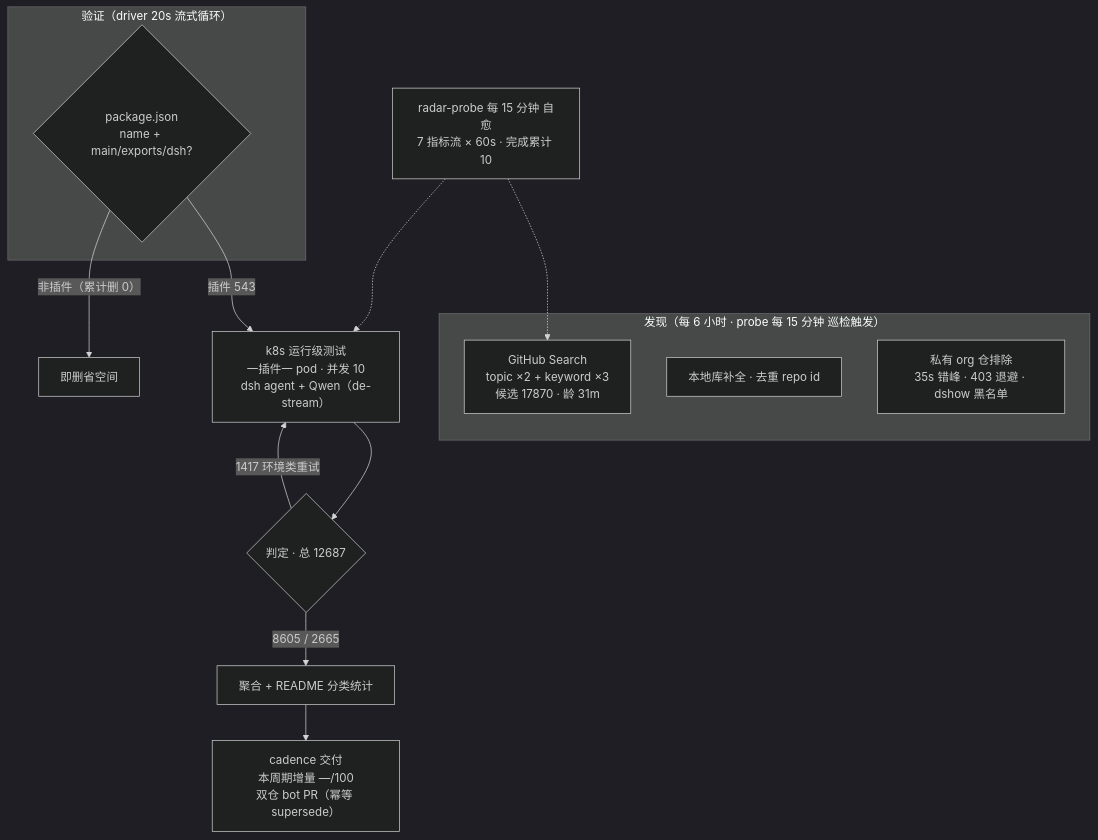
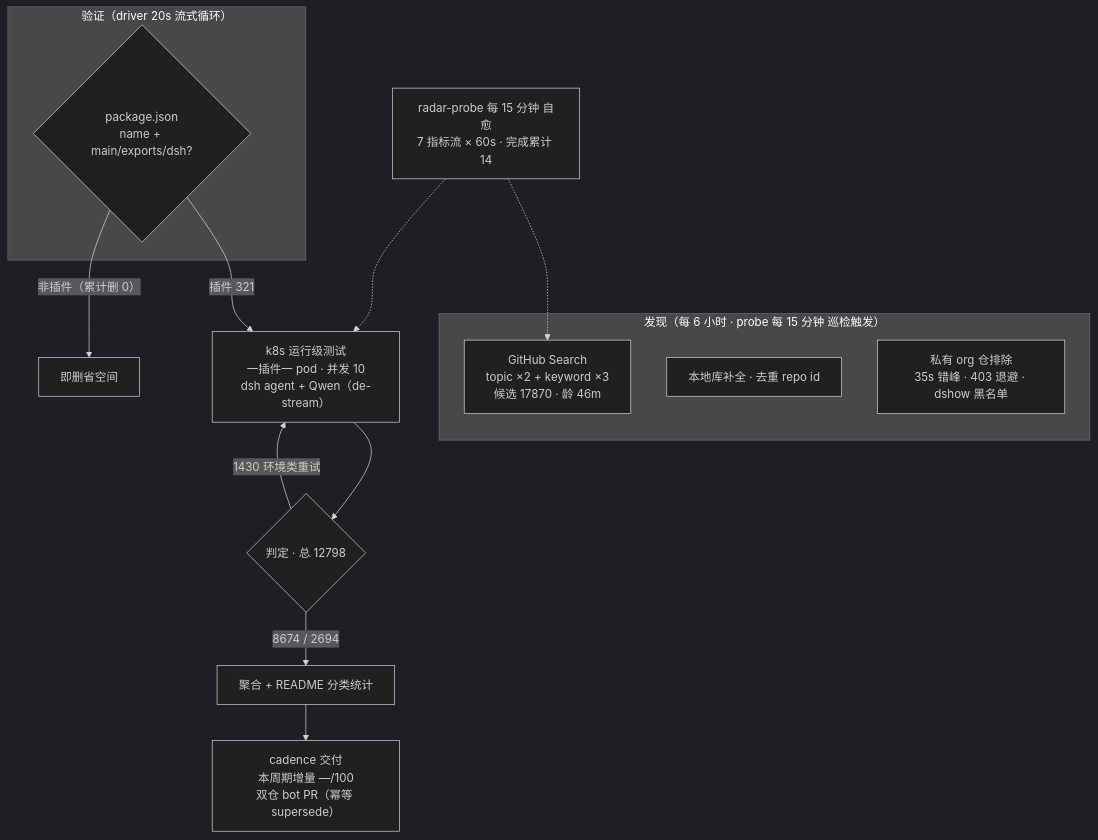
One commit to AdamPlatin123/awesome-dsh-plugins changed the diagram in README.md. Above: the diagram before and after it, drawn with Mermaid (dark theme). The commit also changed other lines of this file and 5 other files, not shown here.

````diff
--- a/README.md
+++ b/README.md
@@ -52,20 +52,20 @@
 ```mermaid
 flowchart TB
     subgraph Discovery["发现（每 6 小时 · probe 每 15 分钟 巡检触发）"]
-        A1["GitHub Search<br/>topic ×2 + keyword ×3<br/>候选 17870 · 龄 31m"]
+        A1["GitHub Search<br/>topic ×2 + keyword ×3<br/>候选 17870 · 龄 46m"]
         A2["本地库补全 · 去重 repo id"]
         A3["私有 org 仓排除<br/>35s 错峰 · 403 退避 · dshow 黑名单"]
     end
     subgraph Validation["验证（driver 20s 流式循环）"]
         B1{"package.json<br/>name + main/exports/dsh?"}
     end
-    B1 -->|"插件 543"| C1["k8s 运行级测试<br/>一插件一 pod · 并发 10<br/>dsh agent + Qwen（de-stream）"]
+    B1 -->|"插件 321"| C1["k8s 运行级测试<br/>一插件一 pod · 并发 10<br/>dsh agent + Qwen（de-stream）"]
     B1 -->|"非插件（累计删 0）"| B3["即删省空间"]
-    C1 --> D1{"判定 · 总 12687"}
-    D1 -->|"8605 / 2665"| E1["聚合 + README 分类统计"]
-    D1 -->|"1417 环境类重试"| C1
+    C1 --> D1{"判定 · 总 12798"}
+    D1 -->|"8674 / 2694"| E1["聚合 + README 分类统计"]
+    D1 -->|"1430 环境类重试"| C1
     E1 --> E2["cadence 交付<br/>本周期增量 —/100<br/>双仓 bot PR（幂等 supersede）"]
-    M["radar-probe 每 15 分钟 自愈<br/>7 指标流 × 60s · 完成累计 10"]
+    M["radar-probe 每 15 分钟 自愈<br/>7 指标流 × 60s · 完成累计 14"]
     M -.-> A1
     M -.-> C1
 ```
````
